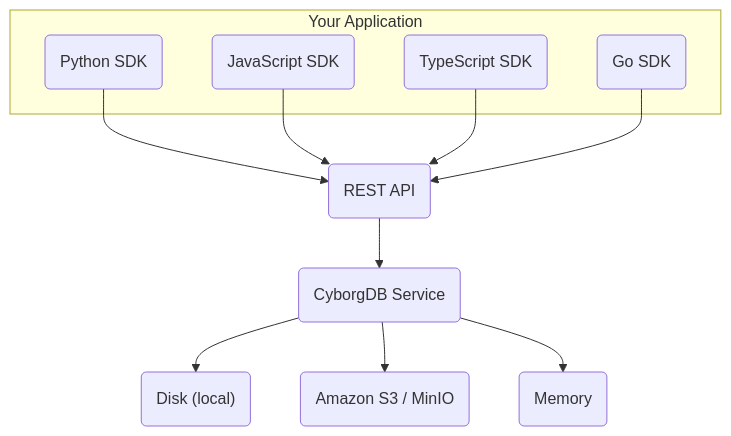
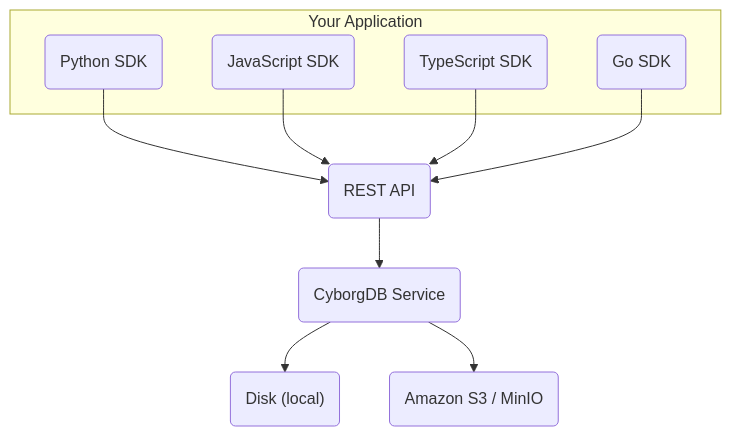
Before and after one commit to cyborginc/cyborgdb-docs: the diagram in versions/next/service/guides/intro/about.mdx, drawn with Mermaid. The commit also changed other lines of this file and 88 other files, not shown here.

````diff
--- a/versions/next/service/guides/intro/about.mdx
+++ b/versions/next/service/guides/intro/about.mdx
@@ -106,25 +106,23 @@
 ```mermaid
 flowchart TB
   subgraph Your_Applications [Your Application]
     PythonSDK("Python SDK")
     JSSDK("JavaScript SDK")
     TSSDK("TypeScript SDK")
     GoSDK("Go SDK")
   end
 
   PythonSDK --> RESTAPI
   JSSDK --> RESTAPI
   TSSDK --> RESTAPI
   GoSDK --> RESTAPI
 
   RESTAPI("REST API")
   RESTAPI --> CyborgDB("CyborgDB Service")
 
   CyborgDB --> Disk
   CyborgDB --> S3
-  CyborgDB --> Memory
 
   Disk("Disk (local)")
   S3("Amazon S3 / MinIO")
-  Memory("Memory")
 ```
````
